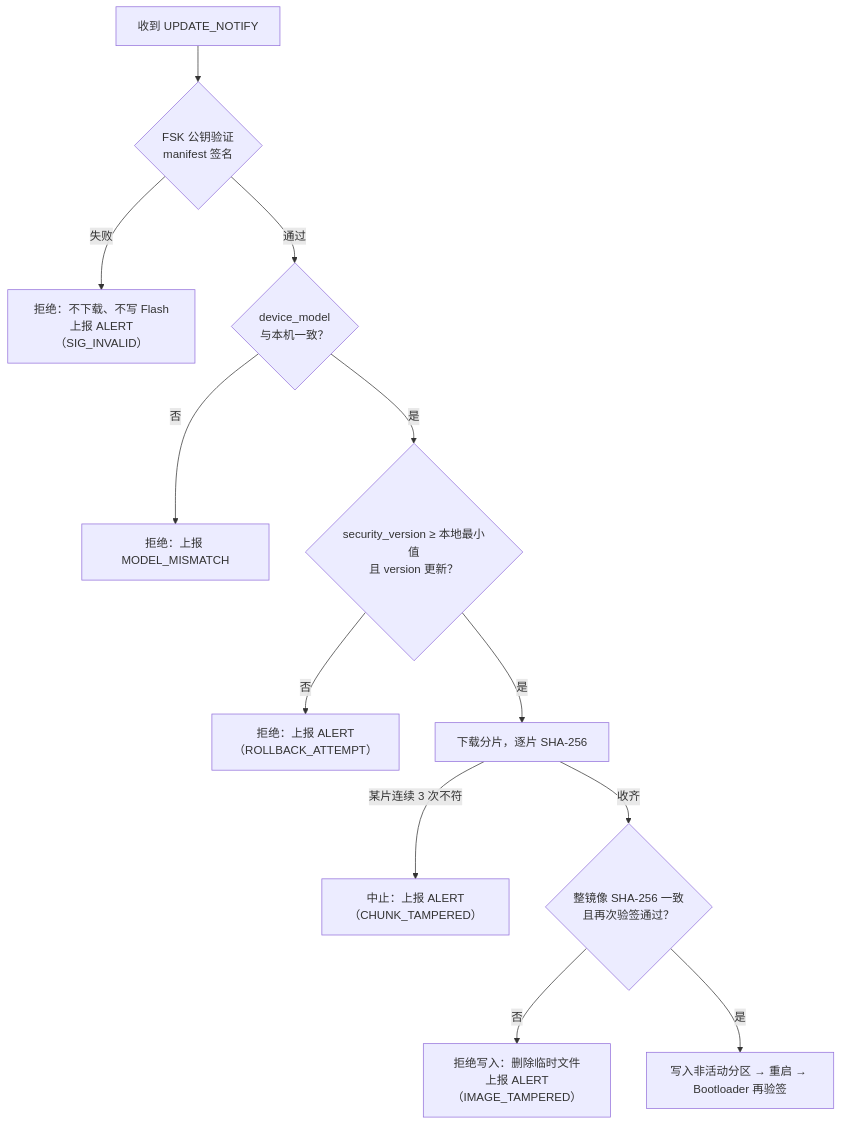
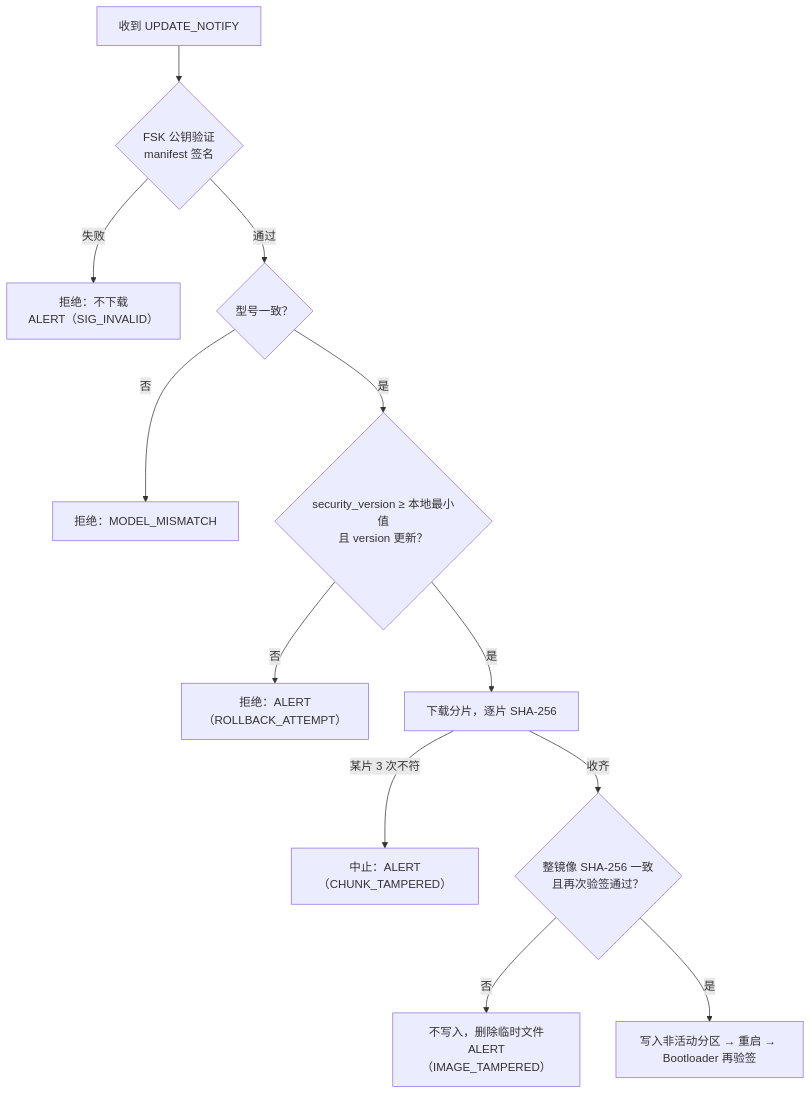
Diagram 11 of 11 in docs/系统设计说明书.md (ahu-iii/firmware-distribution-system), drawn with Mermaid before and after one commit. The commit also changed other lines of this file and 54 other files, not shown here.

````diff
--- a/docs/系统设计说明书.md
+++ b/docs/系统设计说明书.md
@@ -689,14 +703,14 @@
 ```mermaid
 flowchart TB
     N["收到 UPDATE_NOTIFY"] --> V1{"FSK 公钥验证<br/>manifest 签名"}
-    V1 -->|失败| X["拒绝：不下载、不写 Flash<br/>上报 ALERT（SIG_INVALID）"]
-    V1 -->|通过| V2{"device_model<br/>与本机一致？"}
-    V2 -->|否| X2["拒绝：上报 MODEL_MISMATCH"]
+    V1 -->|失败| X1["拒绝：不下载<br/>ALERT（SIG_INVALID）"]
+    V1 -->|通过| V2{"型号一致？"}
+    V2 -->|否| X2["拒绝：MODEL_MISMATCH"]
     V2 -->|是| V3{"security_version ≥ 本地最小值<br/>且 version 更新？"}
-    V3 -->|否| X3["拒绝：上报 ALERT（ROLLBACK_ATTEMPT）"]
+    V3 -->|否| X3["拒绝：ALERT（ROLLBACK_ATTEMPT）"]
     V3 -->|是| D["下载分片，逐片 SHA-256"]
-    D -->|某片连续 3 次不符| X4["中止：上报 ALERT（CHUNK_TAMPERED）"]
+    D -->|某片 3 次不符| X4["中止：ALERT（CHUNK_TAMPERED）"]
     D -->|收齐| V4{"整镜像 SHA-256 一致<br/>且再次验签通过？"}
-    V4 -->|否| X5["拒绝写入：删除临时文件<br/>上报 ALERT（IMAGE_TAMPERED）"]
+    V4 -->|否| X5["不写入，删除临时文件<br/>ALERT（IMAGE_TAMPERED）"]
     V4 -->|是| W["写入非活动分区 → 重启 → Bootloader 再验签"]
 ```
````
